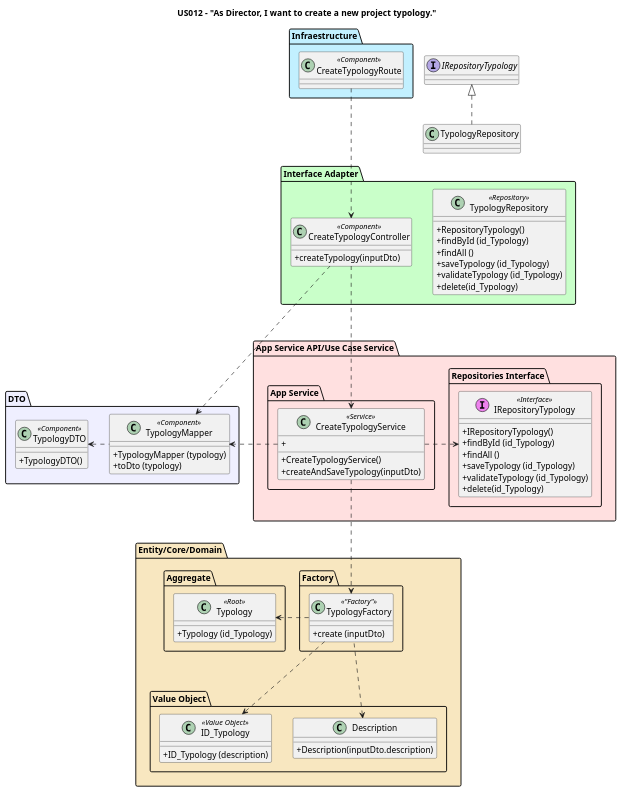
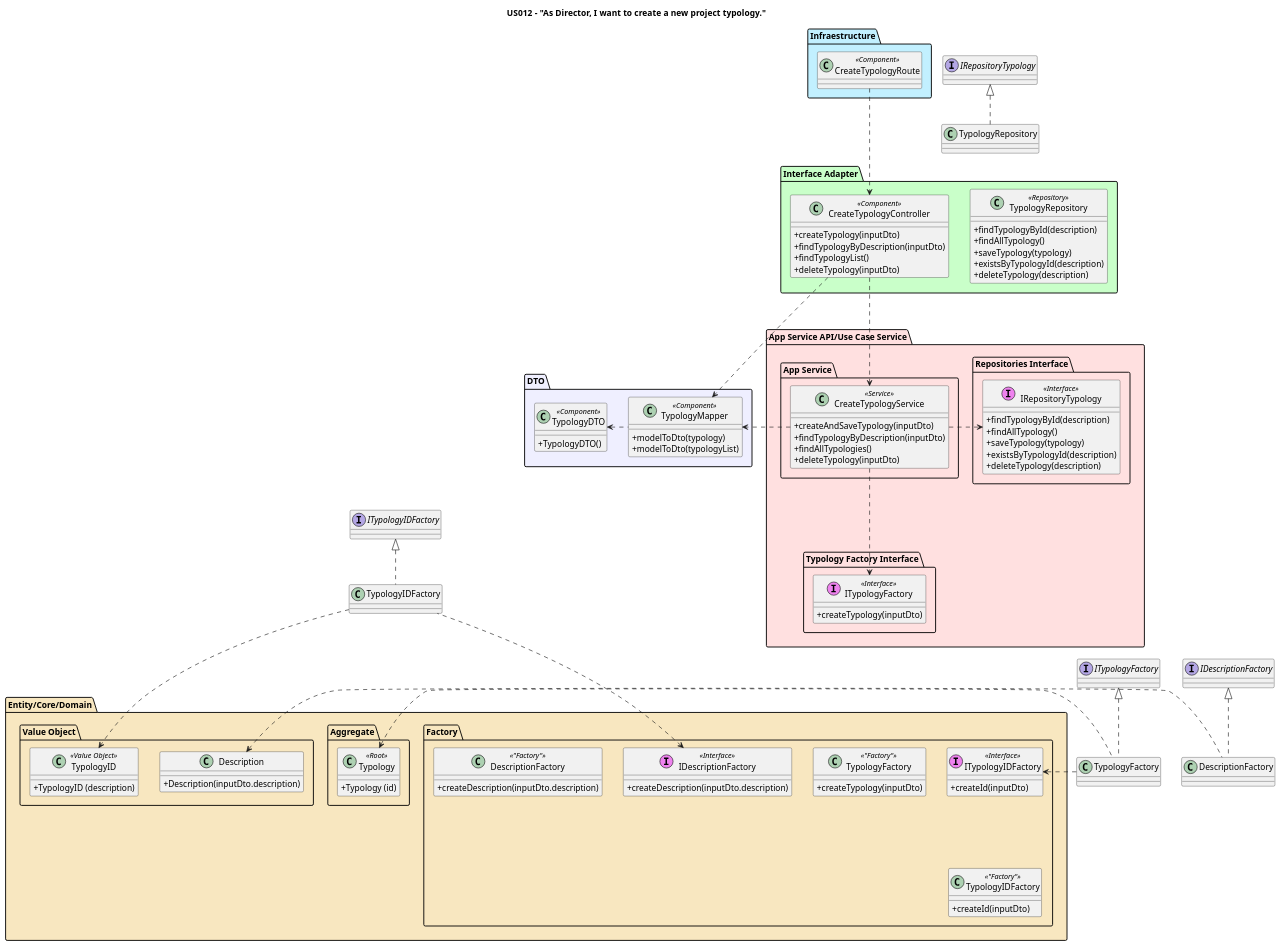
One commit to nunogon1211787/projectManagement changed the diagram in docs/Sprint1/US012/US012-CD.puml. Above: the diagram before and after it, drawn with PlantUML. The commit also changed 7 other files, not shown here.

Commit message:
US012: Refactoring: Refactoring Typology Controller.   - Refactoring Tests; (resolve #179)   - Implementing CRUD; (resolve #177)   - Implementing Factory Interfaces; (resolve #178)   - Refactoring Diagrams. (resolve #180)

```diff
--- a/docs/Sprint1/US012/US012-CD.puml
+++ b/docs/Sprint1/US012/US012-CD.puml
@@ -1,93 +1,121 @@
 @startuml
 
 skinparam classAttributeIconSize 0
 
 title US012 - "As Director, I want to create a new project typology."
 
 package "Infraestructure" #application {
     class CreateTypologyRoute <<Component>>{
     }
 }
 
 package "Interface Adapter" #technology {
     class CreateTypologyController <<Component>>{
     +createTypology(inputDto)
+    +findTypologyByDescription(inputDto)
+    +findTypologyList()
+    +deleteTypology(inputDto)
     }
 
     class TypologyRepository <<Repository>>{
-    +RepositoryTypology()
-    +findById (id_Typology)
-    +findAll ()
-    +saveTypology (id_Typology)
-    +validateTypology (id_Typology)
-    +delete(id_Typology)
+    +findTypologyById(description)
+    +findAllTypology()
+    +saveTypology(typology)
+    +existsByTypologyId(description)
+    +deleteTypology(description)
     }
 }
 
 package "DTO" #motivation {
     class TypologyDTO <<Component>> {
     +TypologyDTO()
     }
 
     class TypologyMapper <<Component>> {
-    +TypologyMapper (typology)
-    +toDto (typology)
+    +modelToDto(typology)
+    +modelToDto(typologyList)
     }
 }
 
 package "App Service API/Use Case Service" #implementation {
     package "App Service" {
         class CreateTypologyService <<Service>>{
-        +CreateTypologyService()
         +createAndSaveTypology(inputDto)
-        +
+        +findTypologyByDescription(inputDto)
+        +findAllTypologies()
+        +deleteTypology(inputDto)
         }
     }
     package "Repositories Interface" {
         class IRepositoryTypology <<(I, Violet) Interface>> {
-            +IRepositoryTypology()
-            +findById (id_Typology)
-            +findAll ()
-            +saveTypology (id_Typology)
-            +validateTypology (id_Typology)
-            +delete(id_Typology)
+            +findTypologyById(description)
+            +findAllTypology()
+            +saveTypology(typology)
+            +existsByTypologyId(description)
+            +deleteTypology(description)
         }
+    }
+    package "Typology Factory Interface" {
+    class ITypologyFactory <<(I, Violet) Interface>> {
+            +createTypology(inputDto)
+            }
     }
 }
 
 
 package "Entity/Core/Domain" #strategy {
     package "Factory" {
         class TypologyFactory <<"Factory">> {
-        +create (inputDto)
+        +createTypology(inputDto)
+        }
+
+        class TypologyIDFactory <<"Factory">> {
+        +createId(inputDto)
+        }
+        class ITypologyIDFactory <<(I, Violet) Interface>> {
+        +createId(inputDto)
+        }
+        class DescriptionFactory <<"Factory">> {
+        +createDescription(inputDto.description)
+        }
+        class IDescriptionFactory <<(I, Violet) Interface>> {
+        +createDescription(inputDto.description)
         }
     }
+
     package "Aggregate" {
         class Typology <<Root>>{
-            +Typology (id_Typology)
+            +Typology (id)
         }
     }
     package "Value Object"  {
-        class ID_Typology <<Value Object>>{
-        +ID_Typology (description)
+        class TypologyID <<Value Object>>{
+        +TypologyID (description)
         }
         class Description {
         +Description(inputDto.description)
         }
     }
 }
 
 CreateTypologyRoute -down..> CreateTypologyController
 CreateTypologyController -down..> CreateTypologyService
 CreateTypologyController -right..> TypologyMapper
 CreateTypologyService -right..> TypologyMapper
 TypologyMapper -left..>TypologyDTO
-CreateTypologyService -down..> TypologyFactory
+CreateTypologyService -right..> IRepositoryTypology
+CreateTypologyService -down..> ITypologyFactory
+TypologyFactory -up[hidden]..> ITypologyFactory
+class TypologyFactory implements ITypologyFactory
 TypologyFactory -left..> Typology
-CreateTypologyService -right..> IRepositoryTypology
 IRepositoryTypology -up[hidden]..> TypologyRepository
 class TypologyRepository implements IRepositoryTypology
-TypologyFactory -down..> ID_Typology
-TypologyFactory -left..> Description
+TypologyFactory -right..> ITypologyIDFactory
+TypologyIDFactory -up[hidden]..> ITypologyIDFactory
+class TypologyIDFactory implements ITypologyIDFactory
+TypologyIDFactory -down..> TypologyID
+TypologyIDFactory -left..> IDescriptionFactory
+class DescriptionFactory implements IDescriptionFactory
+DescriptionFactory -left..> Description
 
 @enduml
```
